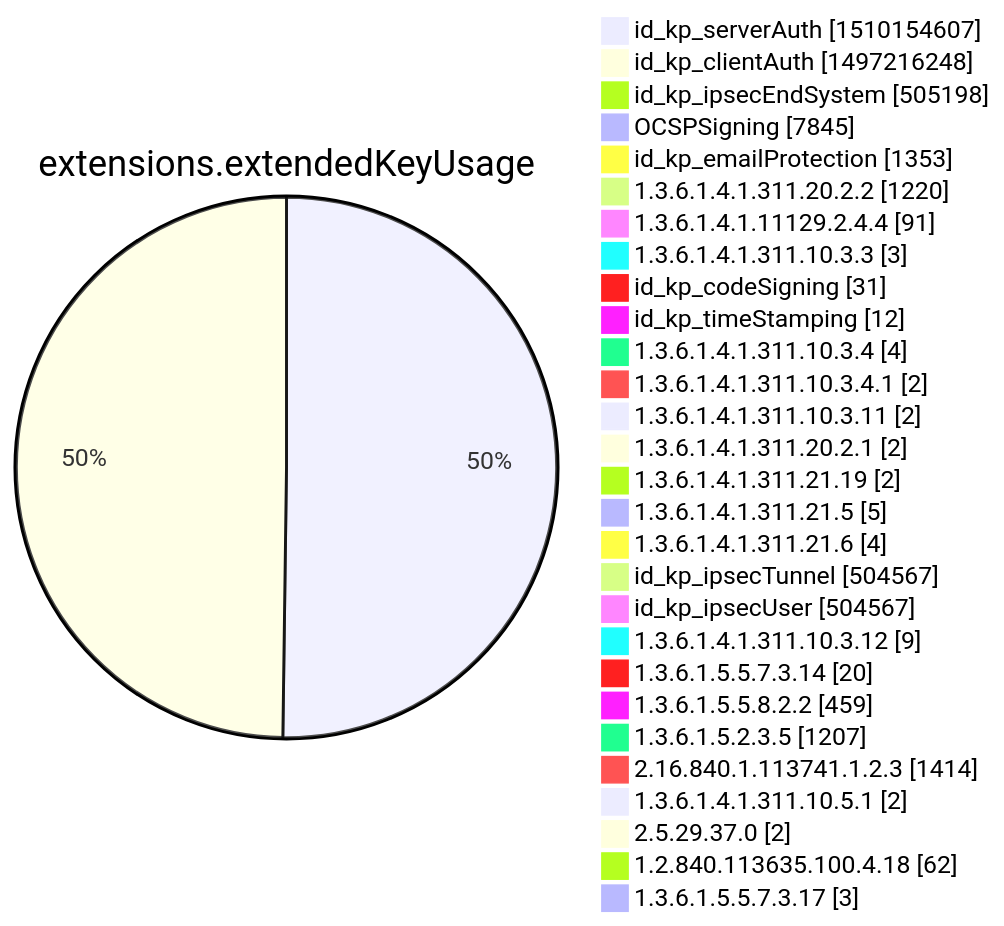
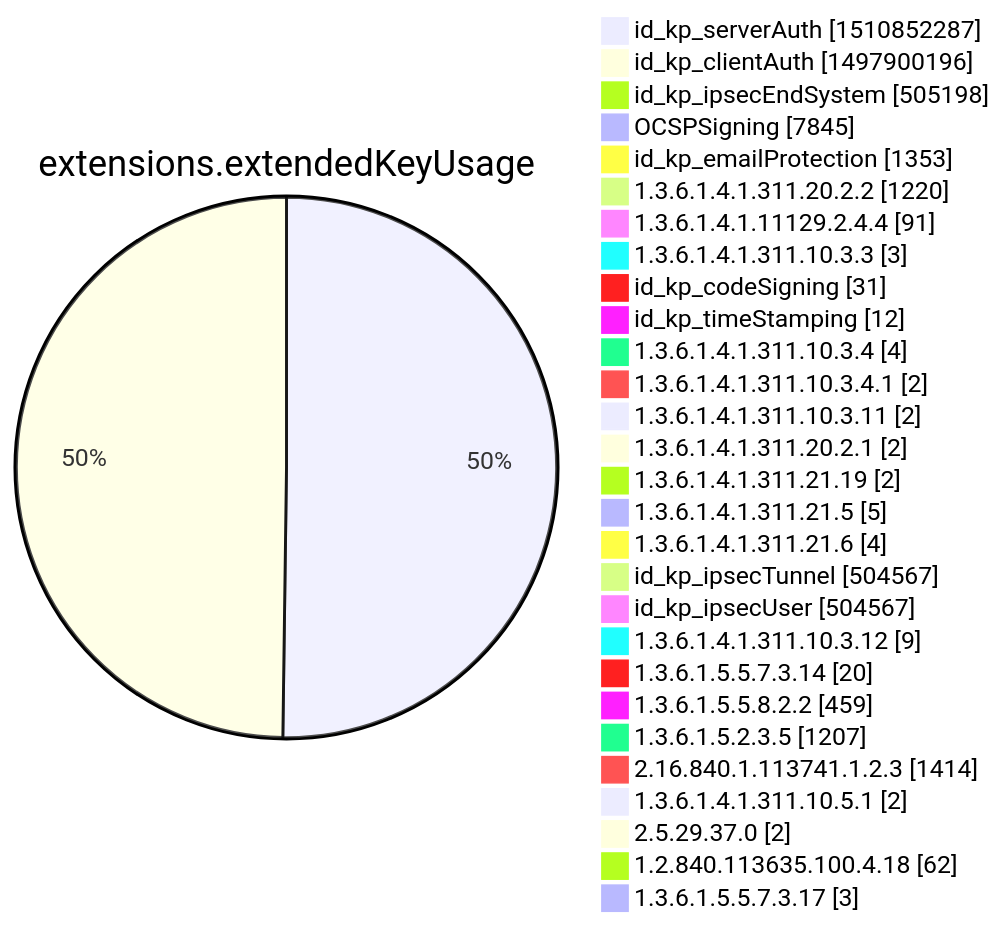
Before and after one commit to christiankrug/ctmonitor_visualization: diagram 12 of 15 in xenon2022/README.md, drawn with Mermaid. The commit also changed other lines of this file, not shown here.

````diff
--- a/xenon2022/README.md
+++ b/xenon2022/README.md
@@ -3877,32 +3877,32 @@
 ```mermaid
 pie showData
 title extensions.extendedKeyUsage
-"id_kp_serverAuth" :1510154607
-"id_kp_clientAuth" :1497216248
+"id_kp_serverAuth" :1510852287
+"id_kp_clientAuth" :1497900196
 "id_kp_ipsecEndSystem" :505198
 "OCSPSigning" :7845
 "id_kp_emailProtection" :1353
 "1.3.6.1.4.1.311.20.2.2" :1220
 "1.3.6.1.4.1.11129.2.4.4" :91
 "1.3.6.1.4.1.311.10.3.3" :3
 "id_kp_codeSigning" :31
 "id_kp_timeStamping" :12
 "1.3.6.1.4.1.311.10.3.4" :4
 "1.3.6.1.4.1.311.10.3.4.1" :2
 "1.3.6.1.4.1.311.10.3.11" :2
 "1.3.6.1.4.1.311.20.2.1" :2
 "1.3.6.1.4.1.311.21.19" :2
 "1.3.6.1.4.1.311.21.5" :5
 "1.3.6.1.4.1.311.21.6" :4
 "id_kp_ipsecTunnel" :504567
 "id_kp_ipsecUser" :504567
 "1.3.6.1.4.1.311.10.3.12" :9
 "1.3.6.1.5.5.7.3.14" :20
 "1.3.6.1.5.5.8.2.2" :459
 "1.3.6.1.5.2.3.5" :1207
 "2.16.840.1.113741.1.2.3" :1414
 "1.3.6.1.4.1.311.10.5.1" :2
 "2.5.29.37.0" :2
 "1.2.840.113635.100.4.18" :62
 "1.3.6.1.5.5.7.3.17" :3
 ```
````
